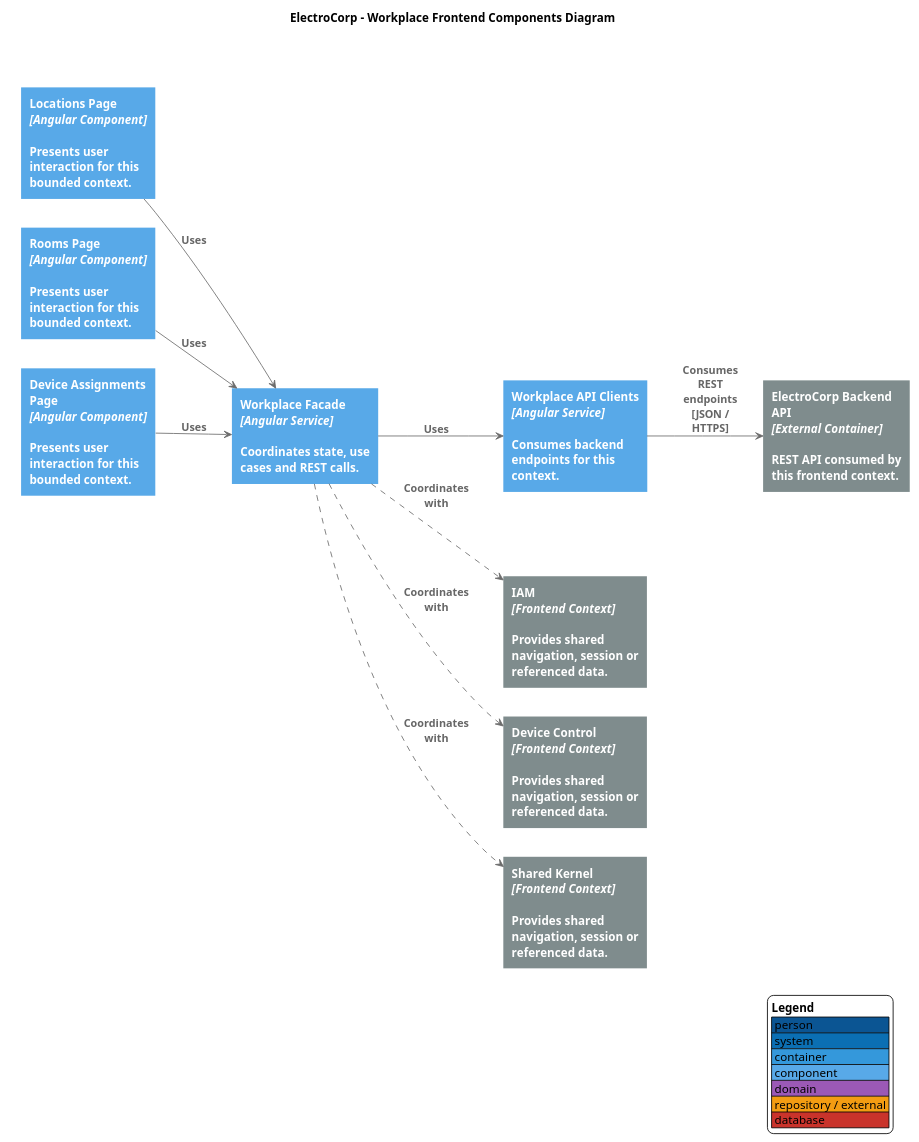
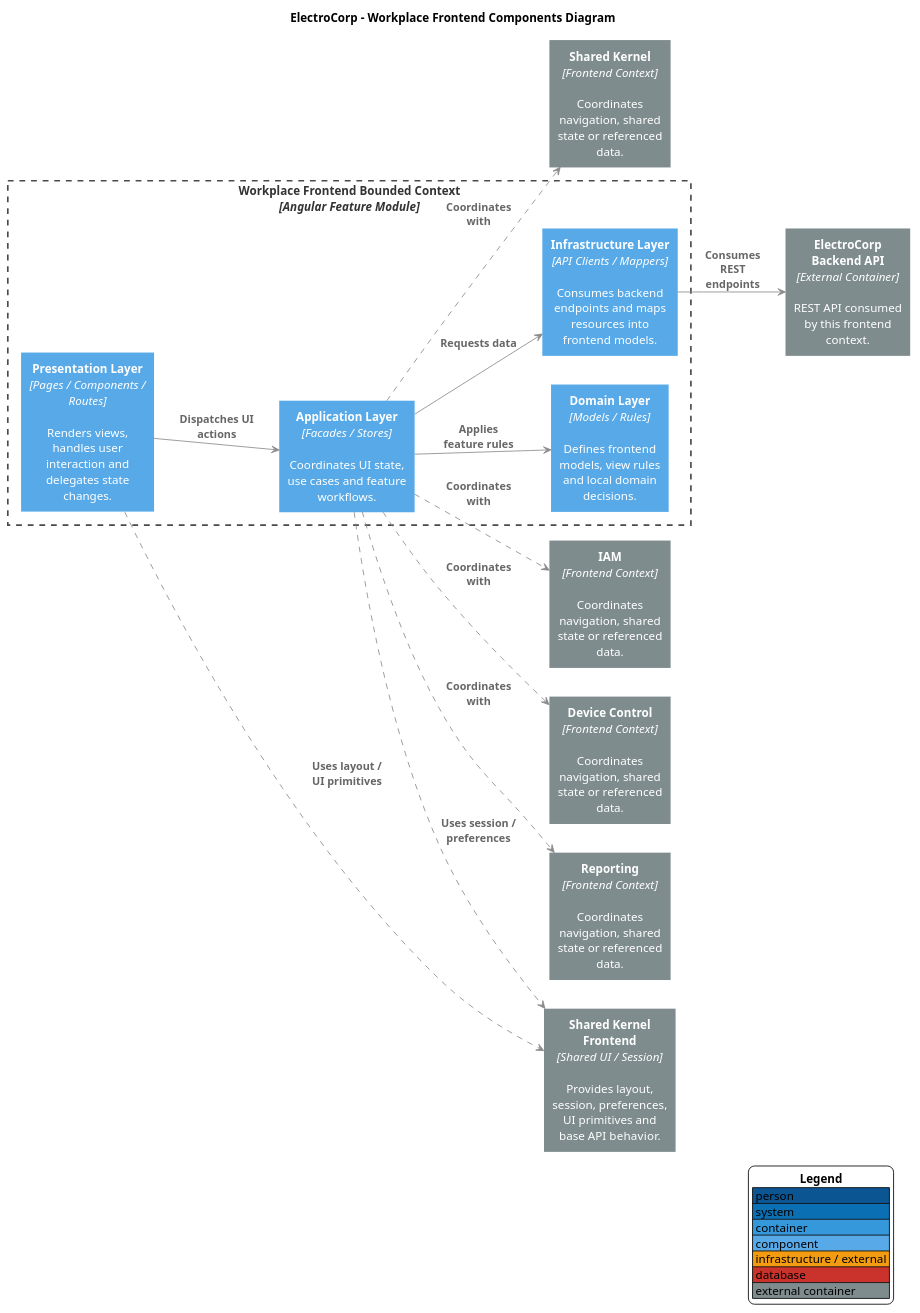
The diagram in docs/diagrams/components/frontend/bounded-contexts/workplace-frontend-components.puml (upc-pre-202610-1asi0729-11896-ecorp/electrocorp-report), drawn with PlantUML before and after one commit. The commit also changed 29 other files, not shown here.

Commit message:
docs(c4): reorganize component diagrams by context and layers

```diff
--- a/docs/diagrams/components/frontend/bounded-contexts/workplace-frontend-components.puml
+++ b/docs/diagrams/components/frontend/bounded-contexts/workplace-frontend-components.puml
@@ -1,57 +1,76 @@
 @startuml
 skinparam backgroundColor #FFFFFF
 skinparam shadowing false
 skinparam defaultFontName Arial
-skinparam wrapWidth 170
-skinparam maxMessageSize 90
-skinparam ArrowColor #6B6B6B
+skinparam defaultTextAlignment center
+skinparam wrapWidth 145
+skinparam maxMessageSize 95
+skinparam ArrowColor #8A8A8A
 skinparam ArrowFontColor #666666
 skinparam ArrowFontStyle bold
+skinparam ArrowThickness 1
 skinparam rectangleRoundCorner 0
 skinparam rectangleBorderThickness 0
 skinparam rectangleFontColor #FFFFFF
-skinparam rectangleFontStyle bold
-skinparam packageStyle rectangle
-skinparam packageBorderColor #555555
-skinparam packageBackgroundColor transparent
-skinparam packageFontColor #444444
-skinparam packageFontStyle bold
+skinparam rectangleFontStyle plain
+skinparam rectangle {
+  BorderThickness 0
+}
+skinparam rectangle<<BoundedContext>> {
+  BackgroundColor transparent
+  BorderColor #4A4A4A
+  BorderThickness 2
+  BorderStyle dashed
+  FontColor #333333
+  FontStyle bold
+}
 skinparam databaseBackgroundColor #C9332B
 skinparam databaseBorderColor #C9332B
 skinparam databaseFontColor #FFFFFF
+skinparam databaseFontStyle plain
 hide stereotype
-title ElectroCorp - Workplace Frontend Components Diagram
 left to right direction
 
-package "Workplace Frontend Bounded Context\n[container]" {
-  rectangle "<b>Locations Page</b>\n<i>[Angular Component]</i>\n\nPresents user interaction for this bounded context." as P0 #58A9E8
-  rectangle "<b>Rooms Page</b>\n<i>[Angular Component]</i>\n\nPresents user interaction for this bounded context." as P1 #58A9E8
-  rectangle "<b>Device Assignments Page</b>\n<i>[Angular Component]</i>\n\nPresents user interaction for this bounded context." as P2 #58A9E8
-  rectangle "<b>Workplace Facade</b>\n<i>[Angular Service]</i>\n\nCoordinates state, use cases and REST calls." as Facade #58A9E8
-  rectangle "<b>Workplace API Clients</b>\n<i>[Angular Service]</i>\n\nConsumes backend endpoints for this context." as Client #58A9E8
+title ElectroCorp - Workplace Frontend Components Diagram
+
+rectangle "<b>Workplace Frontend Bounded Context</b>\n<i>[Angular Feature Module]</i>" as Boundary <<BoundedContext>> {
+  rectangle "<b>Presentation Layer</b>\n<i>[Pages / Components / Routes]</i>\n\nRenders views, handles user interaction and delegates state changes." as Presentation #58A9E8
+  rectangle "<b>Application Layer</b>\n<i>[Facades / Stores]</i>\n\nCoordinates UI state, use cases and feature workflows." as Application #58A9E8
+  rectangle "<b>Domain Layer</b>\n<i>[Models / Rules]</i>\n\nDefines frontend models, view rules and local domain decisions." as Domain #58A9E8
+  rectangle "<b>Infrastructure Layer</b>\n<i>[API Clients / Mappers]</i>\n\nConsumes backend endpoints and maps resources into frontend models." as Infrastructure #58A9E8
 }
+
 rectangle "<b>ElectroCorp Backend API</b>\n<i>[External Container]</i>\n\nREST API consumed by this frontend context." as Backend #7F8C8D
-package "Connected Frontend Contexts\n[external containers]" {
-  rectangle "<b>IAM</b>\n<i>[Frontend Context]</i>\n\nProvides shared navigation, session or referenced data." as Dep0 #7F8C8D
-  rectangle "<b>Device Control</b>\n<i>[Frontend Context]</i>\n\nProvides shared navigation, session or referenced data." as Dep1 #7F8C8D
-  rectangle "<b>Shared Kernel</b>\n<i>[Frontend Context]</i>\n\nProvides shared navigation, session or referenced data." as Dep2 #7F8C8D
-}
-P0 --> Facade : Uses
-P1 --> Facade : Uses
-P2 --> Facade : Uses
-Facade --> Client : Uses
-Client --> Backend : Consumes REST endpoints\n[JSON / HTTPS]
-Facade ..> Dep0 : Coordinates with
-Facade ..> Dep1 : Coordinates with
-Facade ..> Dep2 : Coordinates with
+rectangle "<b>Shared Kernel Frontend</b>\n<i>[Shared UI / Session]</i>\n\nProvides layout, session, preferences, UI primitives and base API behavior." as Shared #7F8C8D
+rectangle "<b>IAM</b>\n<i>[Frontend Context]</i>\n\nCoordinates navigation, shared state or referenced data." as Dep0 #7F8C8D
+rectangle "<b>Device Control</b>\n<i>[Frontend Context]</i>\n\nCoordinates navigation, shared state or referenced data." as Dep1 #7F8C8D
+rectangle "<b>Reporting</b>\n<i>[Frontend Context]</i>\n\nCoordinates navigation, shared state or referenced data." as Dep2 #7F8C8D
+rectangle "<b>Shared Kernel</b>\n<i>[Frontend Context]</i>\n\nCoordinates navigation, shared state or referenced data." as Dep3 #7F8C8D
+
+Presentation --> Application : Dispatches UI actions
+Application --> Domain : Applies feature rules
+Application --> Infrastructure : Requests data
+Infrastructure --> Backend : Consumes REST endpoints
+Presentation ..> Shared : Uses layout / UI primitives
+Application ..> Shared : Uses session / preferences
+Application ..> Dep0 : Coordinates with
+Application ..> Dep1 : Coordinates with
+Application ..> Dep2 : Coordinates with
+Application ..> Dep3 : Coordinates with
+
+Presentation -[hidden]right- Application
+Application -[hidden]right- Domain
+Domain -[hidden]right- Infrastructure
+
 legend right
   <b>Legend</b>
   |<#0B5593> person |
   |<#0B6FB3> system |
   |<#3498DB> container |
   |<#58A9E8> component |
-  |<#9B59B6> domain |
-  |<#F39C12> repository / external |
+  |<#F39C12> infrastructure / external |
   |<#C9332B> database |
+  |<#7F8C8D> external container |
 endlegend
+
 @enduml
```
